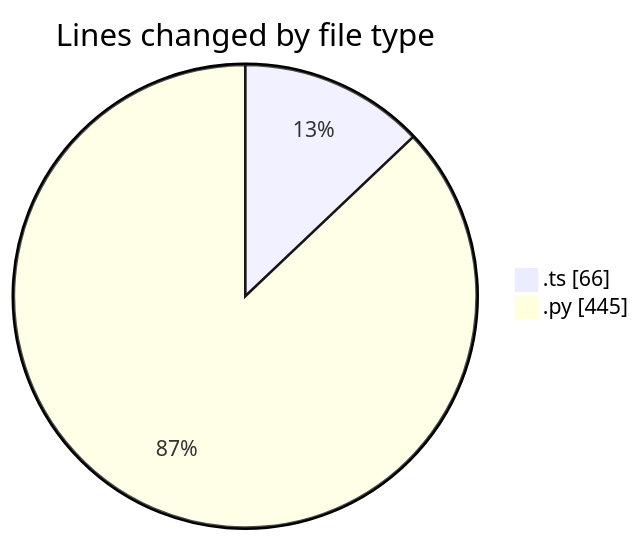
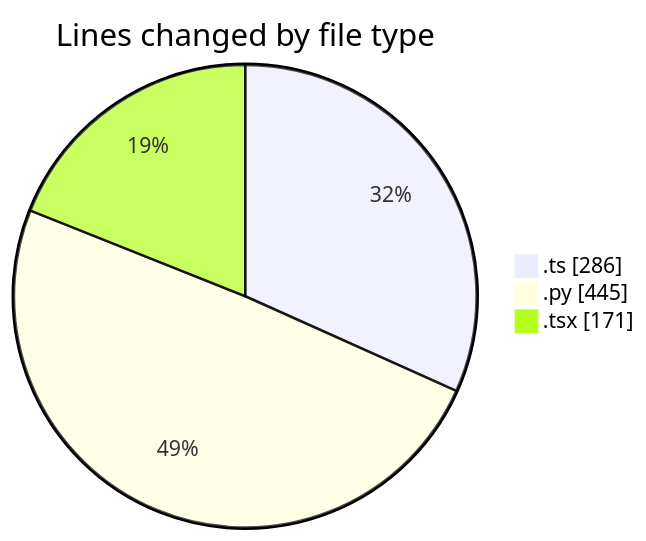
Before and after one commit to Elitesun/code-tracking: the first of 2 diagrams in 2025-05-19/niten/README.md, drawn with Mermaid. The commit also changed other lines of this file and 1 other file, not shown here.

````diff
--- a/2025-05-19/niten/README.md
+++ b/2025-05-19/niten/README.md
@@ -24,6 +27,7 @@
 ```mermaid
 pie showData
 title Lines changed by file type
-".ts" : 66
+".ts" : 286
 ".py" : 445
+".tsx" : 171
 ```
````
